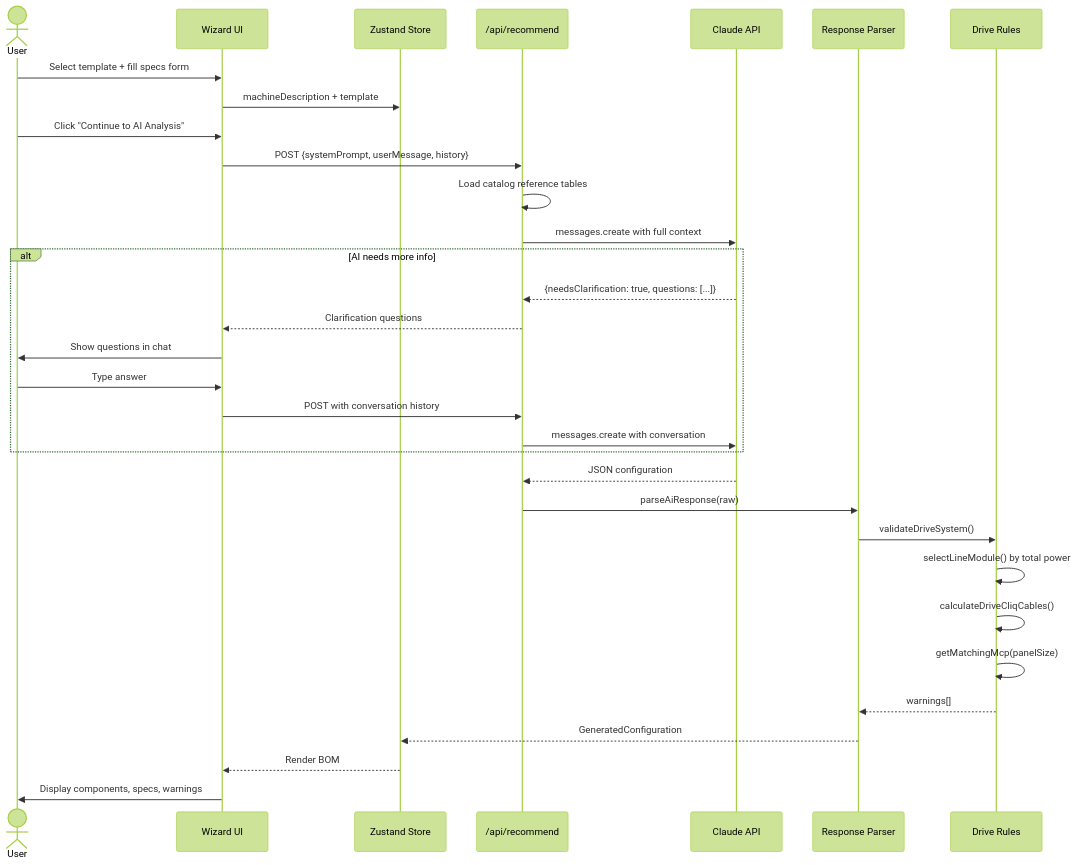
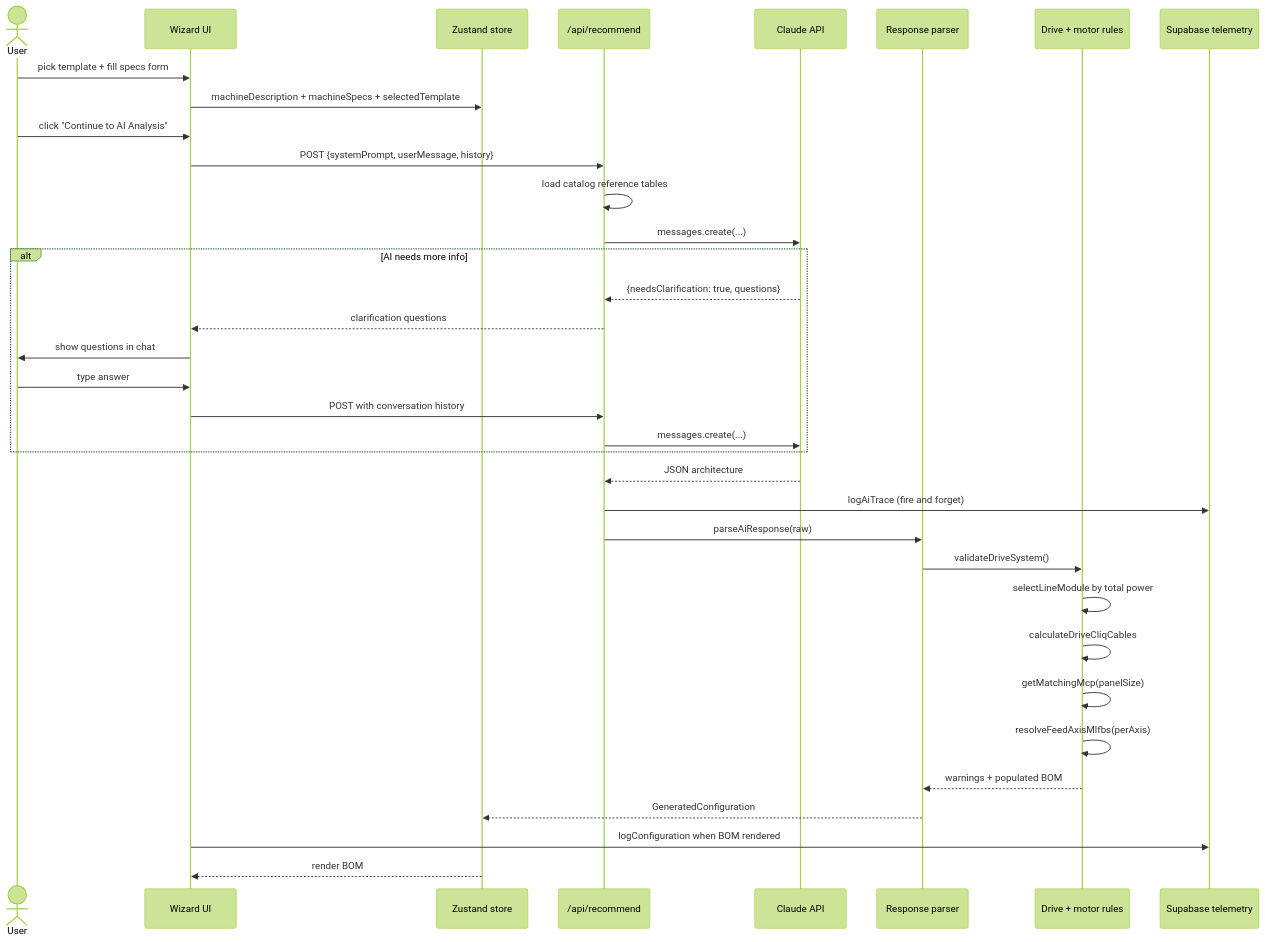
The third of 7 diagrams in docs/ARCHITECTURE.md (Alperzkn/sinumerik_configurator), drawn with Mermaid (forest theme) before and after one commit. The commit also changed other lines of this file and 4 other files, not shown here.

First line of the commit message:
docs: split into USER_GUIDE (non-tech) + ARCHITECTURE (tech), refresh excalidraw

````diff
--- a/docs/ARCHITECTURE.md
+++ b/docs/ARCHITECTURE.md
@@ -46,38 +100,41 @@
 ```mermaid
 sequenceDiagram
     actor User
     participant UI as Wizard UI
-    participant Store as Zustand Store
+    participant Store as Zustand store
     participant API as /api/recommend
     participant Claude as Claude API
-    participant Parser as Response Parser
-    participant Rules as Drive Rules
+    participant Parser as Response parser
+    participant Rules as Drive + motor rules
+    participant Tel as Supabase telemetry
 
-    User->>UI: Select template + fill specs form
-    UI->>Store: machineDescription + template
-    User->>UI: Click "Continue to AI Analysis"
+    User->>UI: pick template + fill specs form
+    UI->>Store: machineDescription + machineSpecs + selectedTemplate
+    User->>UI: click "Continue to AI Analysis"
 
     UI->>API: POST {systemPrompt, userMessage, history}
-    API->>API: Load catalog reference tables
-    API->>Claude: messages.create with full context
+    API->>API: load catalog reference tables
+    API->>Claude: messages.create(...)
 
     alt AI needs more info
-        Claude-->>API: {needsClarification: true, questions: [...]}
-        API-->>UI: Clarification questions
-        UI->>User: Show questions in chat
-        User->>UI: Type answer
+        Claude-->>API: {needsClarification: true, questions}
+        API-->>UI: clarification questions
+        UI->>User: show questions in chat
+        User->>UI: type answer
         UI->>API: POST with conversation history
-        API->>Claude: messages.create with conversation
+        API->>Claude: messages.create(...)
     end
 
-    Claude-->>API: JSON configuration
+    Claude-->>API: JSON architecture
+    API->>Tel: logAiTrace (fire and forget)
     API->>Parser: parseAiResponse(raw)
     Parser->>Rules: validateDriveSystem()
-    Rules->>Rules: selectLineModule() by total power
-    Rules->>Rules: calculateDriveCliqCables()
+    Rules->>Rules: selectLineModule by total power
+    Rules->>Rules: calculateDriveCliqCables
     Rules->>Rules: getMatchingMcp(panelSize)
-    Rules-->>Parser: warnings[]
+    Rules->>Rules: resolveFeedAxisMlfbs(perAxis)
+    Rules-->>Parser: warnings + populated BOM
     Parser-->>Store: GeneratedConfiguration
-    Store-->>UI: Render BOM
-    UI->>User: Display components, specs, warnings
+    UI->>Tel: logConfiguration when BOM rendered
+    Store-->>UI: render BOM
 ```
````
